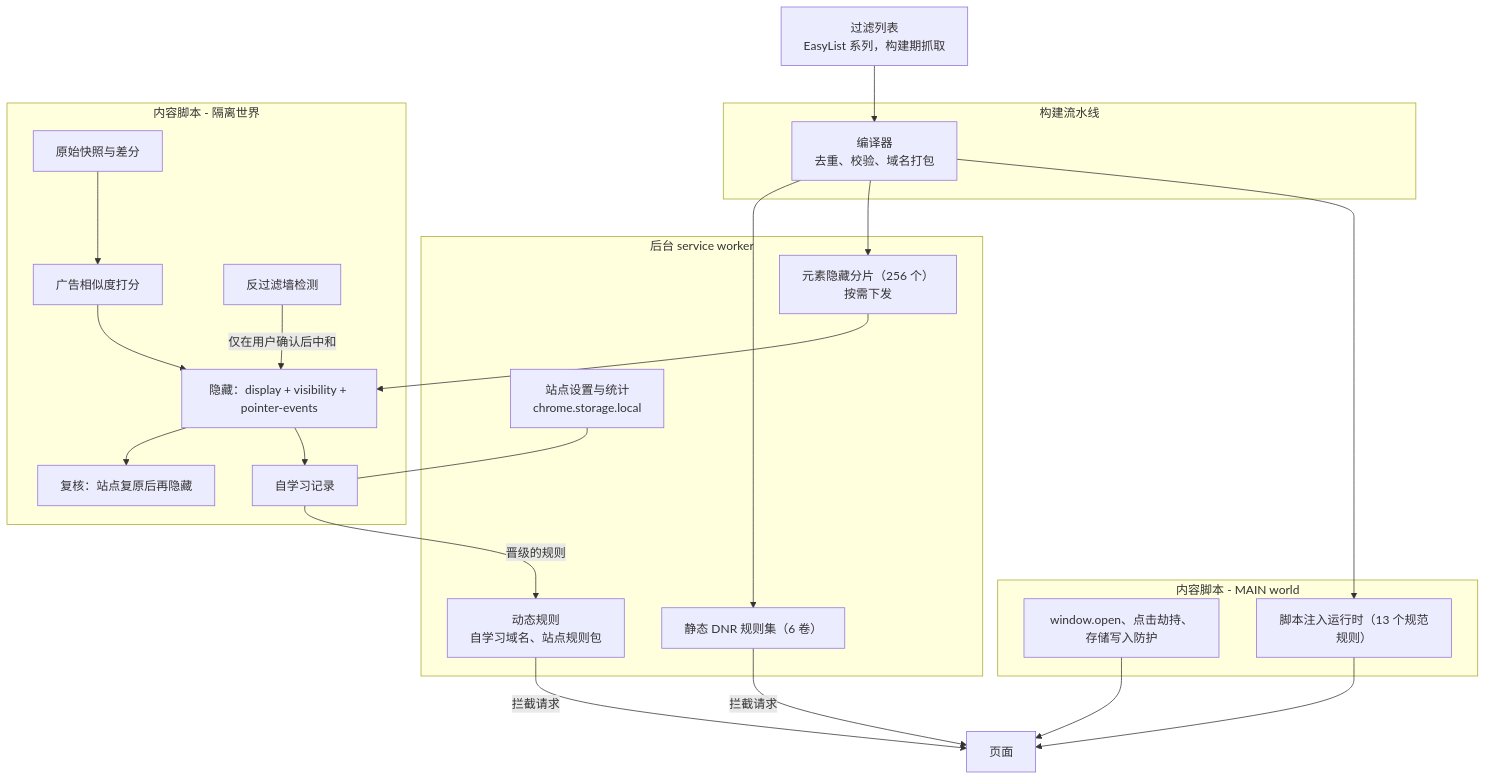
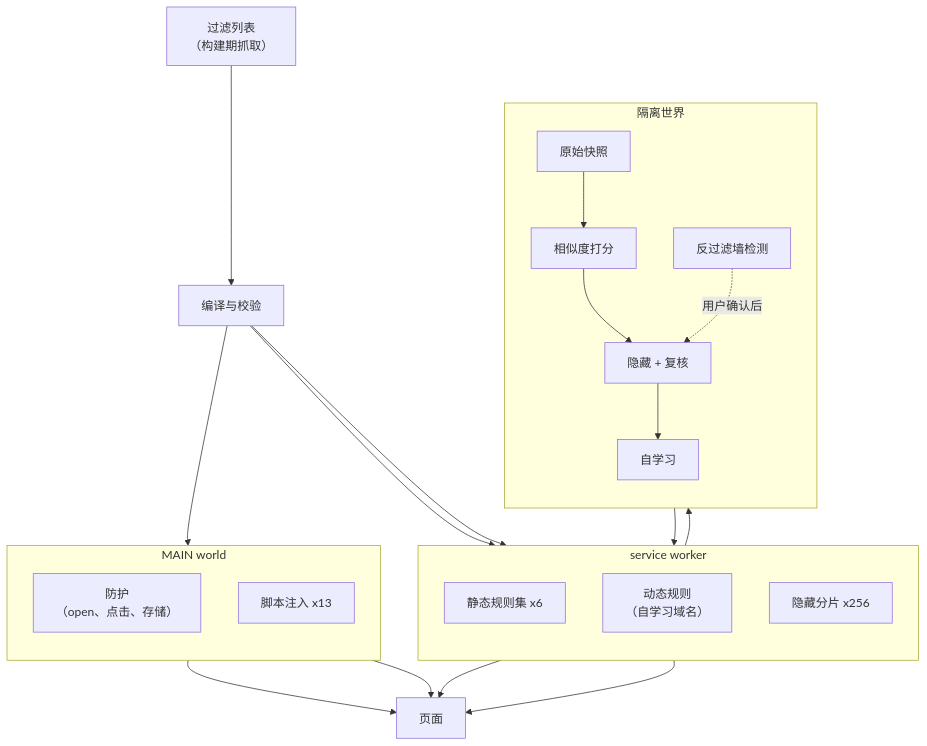
One commit to jfxia/AdBlow changed the diagram in docs/diagrams/architecture-zh.mmd. Above: the diagram before and after it, drawn with Mermaid. The commit also changed 9 other files, not shown here.

First line of the commit message:
fix(readme): 优化两张图的可读性，并删除图下方的说明行

```diff
--- a/docs/diagrams/architecture-zh.mmd
+++ b/docs/diagrams/architecture-zh.mmd
@@ -1,38 +1,43 @@
 flowchart TB
-  lists["过滤列表<br/>EasyList 系列，构建期抓取"]
-  subgraph build["构建流水线"]
-    compile["编译器<br/>去重、校验、域名打包"]
+  lists["过滤列表<br/>（构建期抓取）"]
+  compile["编译与校验"]
+  lists --> compile
+
+  subgraph sw["service worker"]
+    direction TB
+    rules["静态规则集 x6"]
+    dynamic["动态规则<br/>（自学习域名）"]
+    shards["隐藏分片 x256"]
   end
-  subgraph sw["后台 service worker"]
-    rulesets["静态 DNR 规则集（6 卷）"]
-    dynamic["动态规则<br/>自学习域名、站点规则包"]
-    shards["元素隐藏分片（256 个）<br/>按需下发"]
-    stats["站点设置与统计<br/>chrome.storage.local"]
-  end
-  subgraph isolated["内容脚本 - 隔离世界"]
-    pristine["原始快照与差分"]
-    judge["广告相似度打分"]
-    hide["隐藏：display + visibility + pointer-events"]
-    verify["复核：站点复原后再隐藏"]
-    learn["自学习记录"]
+
+  subgraph iso["隔离世界"]
+    direction TB
+    snapshot["原始快照"]
+    score["相似度打分"]
+    hiding["隐藏 + 复核"]
+    learn["自学习"]
     wall["反过滤墙检测"]
   end
-  subgraph main["内容脚本 - MAIN world"]
-    guards["window.open、点击劫持、存储写入防护"]
-    runtime["脚本注入运行时（13 个规范规则）"]
+
+  subgraph mw["MAIN world"]
+    direction TB
+    guards["防护<br/>（open、点击、存储）"]
+    scriptlets["脚本注入 x13"]
   end
+
   page["页面"]
 
-  lists --> compile --> rulesets
+  compile --> rules
   compile --> shards
-  compile --> runtime
-  rulesets -->|"拦截请求"| page
-  dynamic -->|"拦截请求"| page
-  shards --> hide
-  pristine --> judge --> hide --> verify
-  hide --> learn
-  learn -->|"晋级的规则"| dynamic
-  stats --- learn
-  wall -->|"仅在用户确认后中和"| hide
+  compile --> scriptlets
+  shards --> hiding
+  snapshot --> score
+  score --> hiding
+  hiding --> learn
+  learn --> dynamic
+  wall -. "用户确认后" .-> hiding
+  hiding ~~~ guards
+  rules --> page
+  dynamic --> page
   guards --> page
-  runtime --> page
+  scriptlets --> page
```
